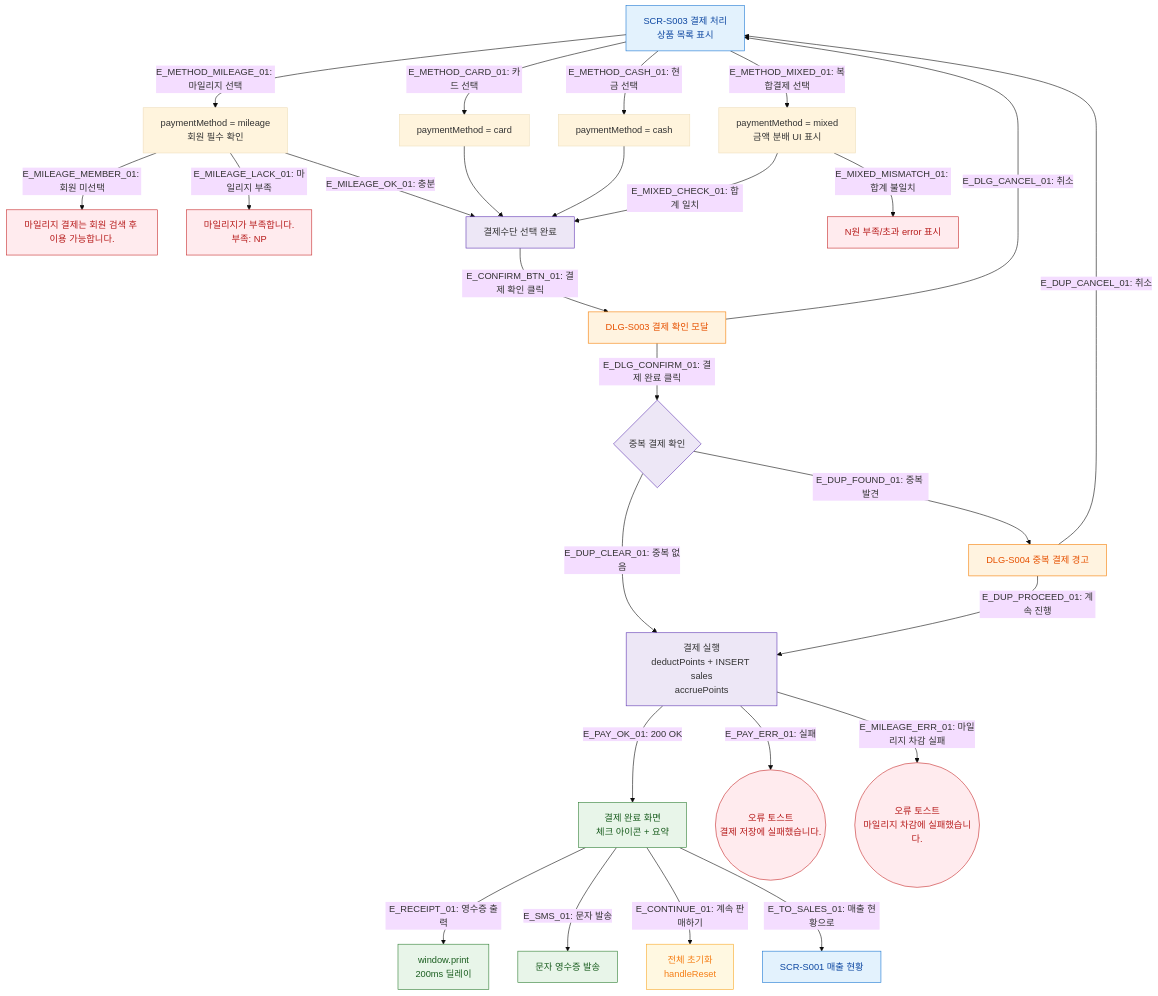
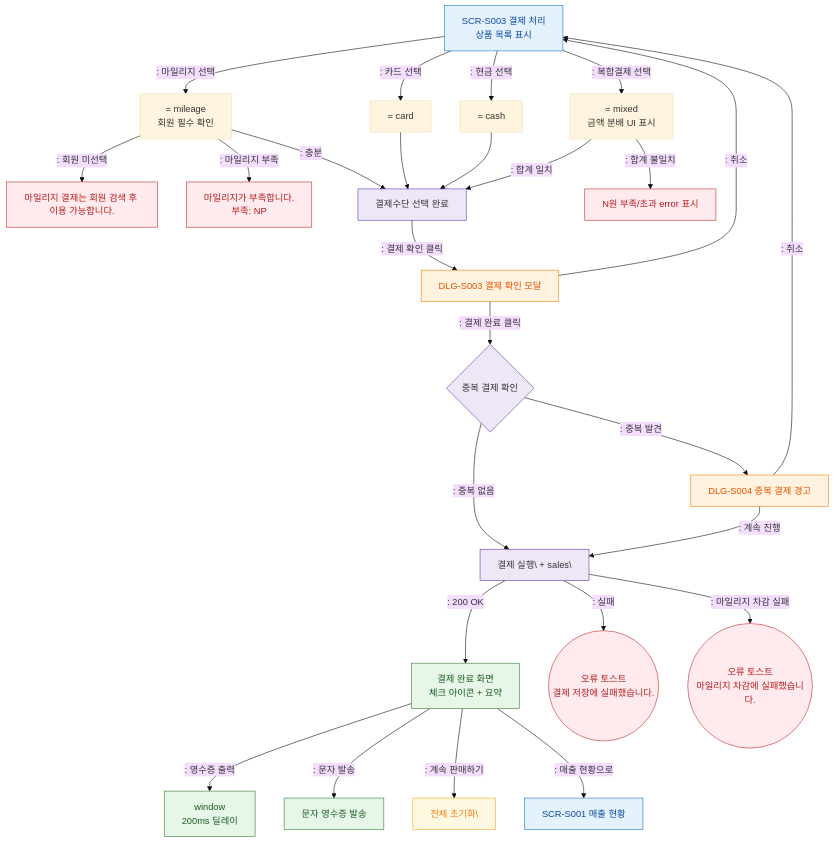
Before and after one commit to dev-spogym/admin-pando: the diagram in docs/다이어그램/D03_매출관리/SCR-S003_결제처리/F2_메인.md, drawn with Mermaid (base theme). The commit also changed other lines of this file and 1660 other files, not shown here.

First line of the commit message:
다이어그램: 기획자/클라이언트 납품본으로 정리

````diff
--- a/docs/다이어그램/D03_매출관리/SCR-S003_결제처리/F2_메인.md
+++ b/docs/다이어그램/D03_매출관리/SCR-S003_결제처리/F2_메인.md
@@ -20,52 +18,52 @@
 ```mermaid
 flowchart TD
     S003[SCR-S003 결제 처리\n상품 목록 표시]
 
-    S003 -->|"E_METHOD_CARD_01: 카드 선택"| METHOD_CARD[paymentMethod = card]
-    S003 -->|"E_METHOD_CASH_01: 현금 선택"| METHOD_CASH[paymentMethod = cash]
-    S003 -->|"E_METHOD_MILEAGE_01: 마일리지 선택"| METHOD_MILEAGE[paymentMethod = mileage\n회원 필수 확인]
-    S003 -->|"E_METHOD_MIXED_01: 복합결제 선택"| METHOD_MIXED[paymentMethod = mixed\n금액 분배 UI 표시]
+    S003 -->|": 카드 선택"|METHOD_CARD[= card]
+    S003 -->|": 현금 선택"|METHOD_CASH[= cash]
+    S003 -->|": 마일리지 선택"|METHOD_MILEAGE[= mileage\n회원 필수 확인]
+    S003 -->|": 복합결제 선택"|METHOD_MIXED[= mixed\n금액 분배 UI 표시]
 
-    METHOD_MILEAGE -->|"E_MILEAGE_MEMBER_01: 회원 미선택"| ERR_NO_MEMBER[마일리지 결제는 회원 검색 후 이용 가능합니다.]
-    METHOD_MILEAGE -->|"E_MILEAGE_LACK_01: 마일리지 부족"| ERR_MILEAGE[마일리지가 부족합니다.\n부족: NP]
-    METHOD_MILEAGE -->|"E_MILEAGE_OK_01: 충분"| METHOD_OK[결제수단 선택 완료]
+    METHOD_MILEAGE -->|": 회원 미선택"|ERR_NO_MEMBER[마일리지 결제는 회원 검색 후 이용 가능합니다.]
+    METHOD_MILEAGE -->|": 마일리지 부족"|ERR_MILEAGE[마일리지가 부족합니다.\n부족: NP]
+    METHOD_MILEAGE -->|": 충분"|METHOD_OK[결제수단 선택 완료]
 
     METHOD_CARD --> METHOD_OK
     METHOD_CASH --> METHOD_OK
-    METHOD_MIXED -->|"E_MIXED_CHECK_01: 합계 일치"| METHOD_OK
-    METHOD_MIXED -->|"E_MIXED_MISMATCH_01: 합계 불일치"| ERR_MIXED[N원 부족/초과 error 표시]
+    METHOD_MIXED -->|": 합계 일치"|METHOD_OK
+    METHOD_MIXED -->|": 합계 불일치"|ERR_MIXED[N원 부족/초과 error 표시]
 
-    METHOD_OK -->|"E_CONFIRM_BTN_01: 결제 확인 클릭"| DLG_S003[DLG-S003 결제 확인 모달]
+    METHOD_OK -->|": 결제 확인 클릭"|DLG_S003[DLG-S003 결제 확인 모달]
 
-    DLG_S003 -->|"E_DLG_CANCEL_01: 취소"| S003
-    DLG_S003 -->|"E_DLG_CONFIRM_01: 결제 완료 클릭"| DUP_CHECK{중복 결제 확인}
+    DLG_S003 -->|": 취소"|S003
+    DLG_S003 -->|": 결제 완료 클릭"|DUP_CHECK{중복 결제 확인}
 
-    DUP_CHECK -->|"E_DUP_FOUND_01: 중복 발견"| DLG_S004[DLG-S004 중복 결제 경고]
-    DUP_CHECK -->|"E_DUP_CLEAR_01: 중복 없음"| EXEC_PAY[결제 실행\ndeductPoints + INSERT sales\naccruePoints]
+    DUP_CHECK -->|": 중복 발견"|DLG_S004[DLG-S004 중복 결제 경고]
+    DUP_CHECK -->|": 중복 없음"|EXEC_PAY[결제 실행\ + sales\]
 
-    DLG_S004 -->|"E_DUP_CANCEL_01: 취소"| S003
-    DLG_S004 -->|"E_DUP_PROCEED_01: 계속 진행"| EXEC_PAY
+    DLG_S004 -->|": 취소"|S003
+    DLG_S004 -->|": 계속 진행"|EXEC_PAY
 
-    EXEC_PAY -->|"E_PAY_OK_01: 200 OK"| COMPLETE[결제 완료 화면\n체크 아이콘 + 요약]
-    EXEC_PAY -->|"E_PAY_ERR_01: 실패"| TOAST_ERR((오류 토스트\n결제 저장에 실패했습니다.))
-    EXEC_PAY -->|"E_MILEAGE_ERR_01: 마일리지 차감 실패"| TOAST_MILEAGE_ERR((오류 토스트\n마일리지 차감에 실패했습니다.))
+    EXEC_PAY -->|": 200 OK"|COMPLETE[결제 완료 화면\n체크 아이콘 + 요약]
+    EXEC_PAY -->|": 실패"|TOAST_ERR((오류 토스트\n결제 저장에 실패했습니다.))
+    EXEC_PAY -->|": 마일리지 차감 실패"|TOAST_MILEAGE_ERR((오류 토스트\n마일리지 차감에 실패했습니다.))
 
-    COMPLETE -->|"E_RECEIPT_01: 영수증 출력"| RECEIPT[window.print\n200ms 딜레이]
-    COMPLETE -->|"E_SMS_01: 문자 발송"| SMS[문자 영수증 발송]
-    COMPLETE -->|"E_CONTINUE_01: 계속 판매하기"| RESET[전체 초기화\nhandleReset]
-    COMPLETE -->|"E_TO_SALES_01: 매출 현황으로"| SCR_S001[SCR-S001 매출 현황]
+    COMPLETE -->|": 영수증 출력"|RECEIPT[window\n200ms 딜레이]
+    COMPLETE -->|": 문자 발송"|SMS[문자 영수증 발송]
+    COMPLETE -->|": 계속 판매하기"|RESET[전체 초기화\]
+    COMPLETE -->|": 매출 현황으로"|SCR_S001[SCR-S001 매출 현황]
 
     classDef screen fill:#E3F2FD,stroke:#1976D2,color:#0D47A1
     classDef modal fill:#FFF3E0,stroke:#F57C00,color:#E65100
     classDef error fill:#FFEBEE,stroke:#C62828,color:#B71C1C
     classDef success fill:#E8F5E9,stroke:#2E7D32,color:#1B5E20
     classDef system fill:#EDE7F6,stroke:#5E35B2
     classDef warning fill:#FFF8E1,stroke:#F9A825,color:#F57F17
 
     class S003,SCR_S001 screen
     class DLG_S003,DLG_S004 modal
     class ERR_NO_MEMBER,ERR_MILEAGE,ERR_MIXED,TOAST_ERR,TOAST_MILEAGE_ERR error
     class COMPLETE,RECEIPT,SMS success
     class DUP_CHECK,EXEC_PAY,METHOD_OK system
     class RESET warning
 ```
````
